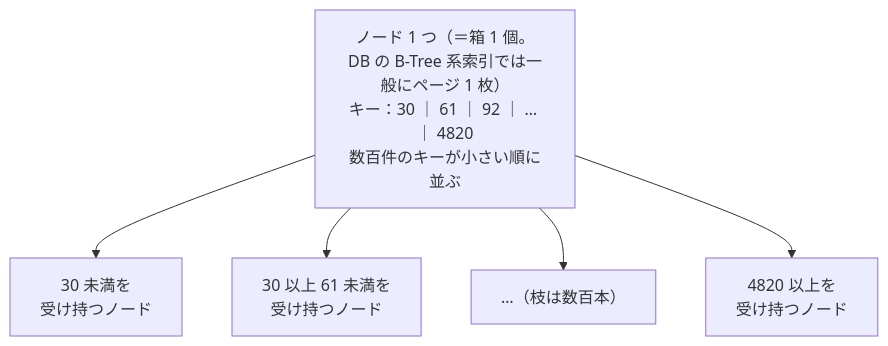
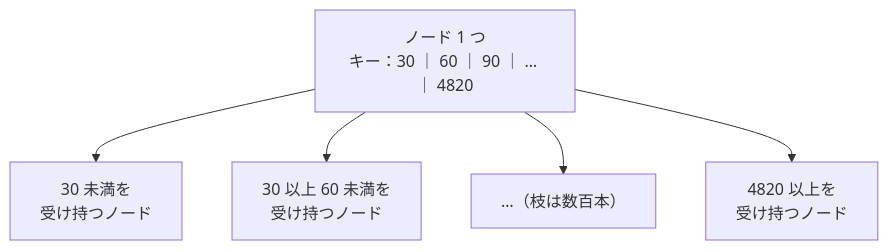
Before and after one commit to nao1215/debimate: the first of 5 diagrams in content/notes/database-systems/b-tree/index.md, drawn with Mermaid. The commit also changed other lines of this file and 23 other files, not shown here.

````diff
--- a/content/notes/database-systems/b-tree/index.md
+++ b/content/notes/database-systems/b-tree/index.md
@@ -30,12 +30,12 @@
 ```mermaid
 flowchart TB
-    N["ノード 1 つ（＝箱 1 個。DB の B-Tree 系索引では一般にページ 1 枚）<br/>キー：30 ｜ 61 ｜ 92 ｜ … ｜ 4820<br/>数百件のキーが小さい順に並ぶ"]
+    N["ノード 1 つ<br/>キー：30 ｜ 60 ｜ 90 ｜ … ｜ 4820"]
     C1["30 未満を<br/>受け持つノード"]
-    C2["30 以上 61 未満を<br/>受け持つノード"]
+    C2["30 以上 60 未満を<br/>受け持つノード"]
     C3["…（枝は数百本）"]
     C4["4820 以上を<br/>受け持つノード"]
     N --> C1
     N --> C2
     N --> C3
     N --> C4
 ```
````
